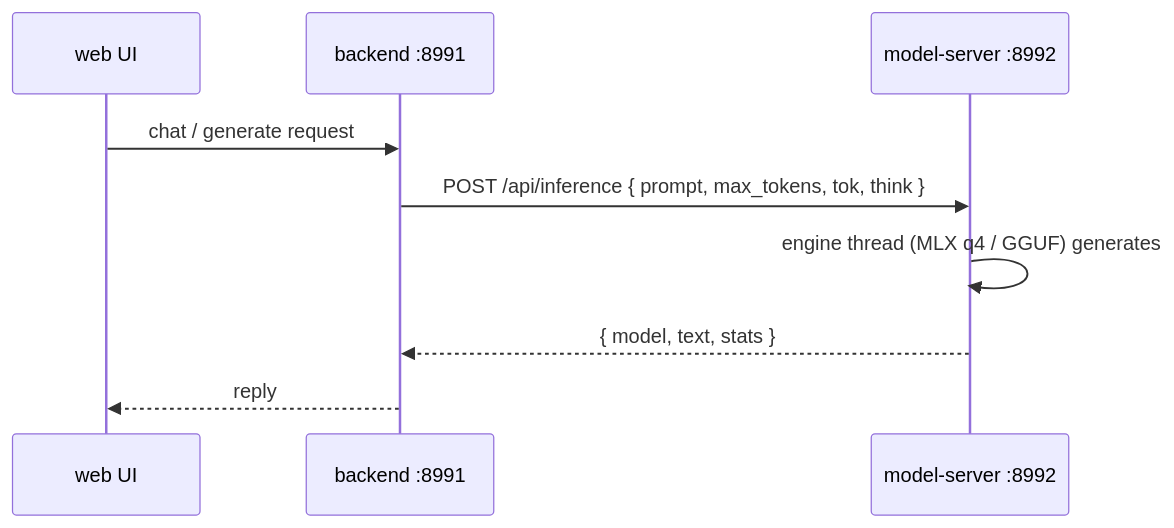
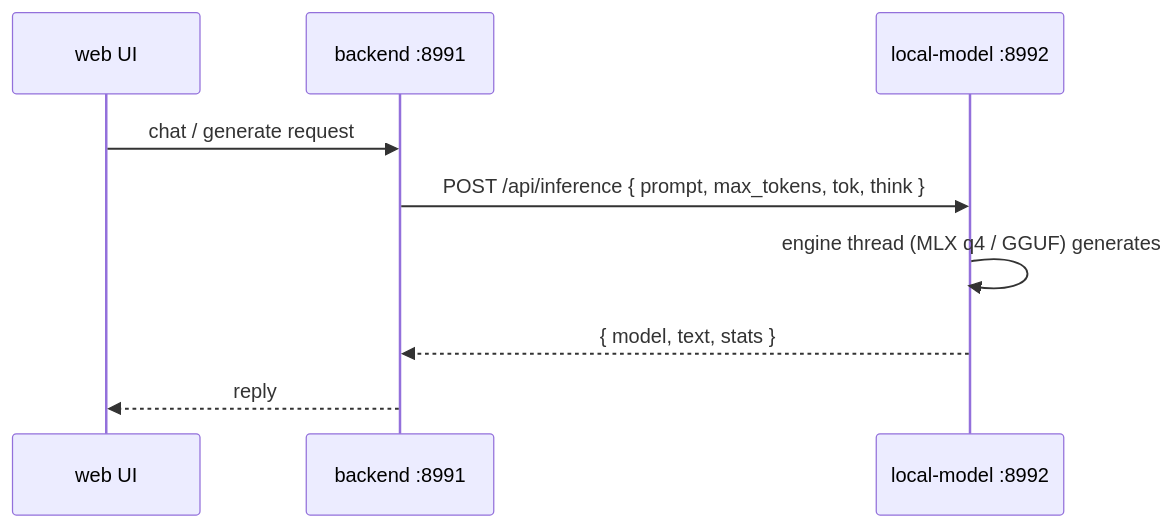
Before and after one commit to lidm0707/susutaku: the fourth of 8 diagrams in docs/remote-clients.md, drawn with Mermaid. The commit also changed other lines of this file and 87 other files, not shown here.

Commit message:
chat: route unknown agent models to zai like agents-page test; model_server removal, sandbox and codex auth updates

````diff
--- a/docs/remote-clients.md
+++ b/docs/remote-clients.md
@@ -80,11 +80,11 @@
 ```mermaid
 sequenceDiagram
     participant U as web UI
     participant B as backend :8991
-    participant M as model-server :8992
+    participant M as local-model :8992
     U->>B: chat / generate request
     B->>M: POST /api/inference { prompt, max_tokens, tok, think }
     M->>M: engine thread (MLX q4 / GGUF) generates
     M-->>B: { model, text, stats }
     B-->>U: reply
 ```
````
